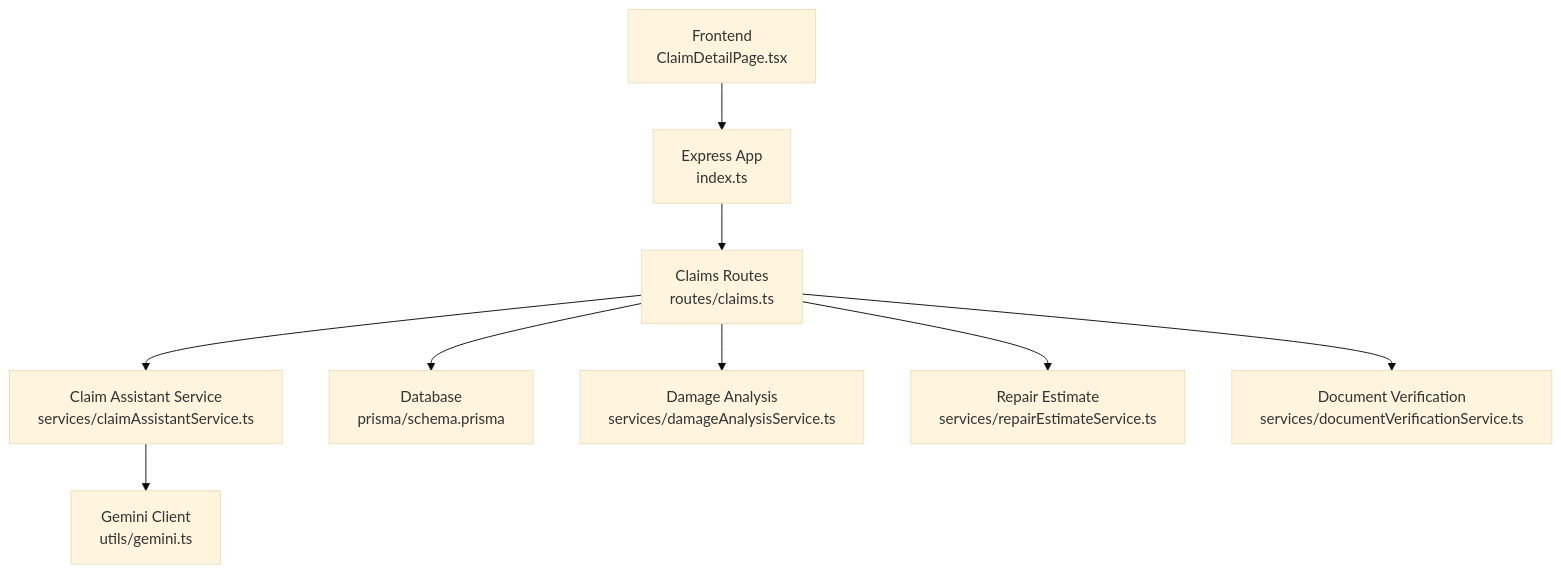
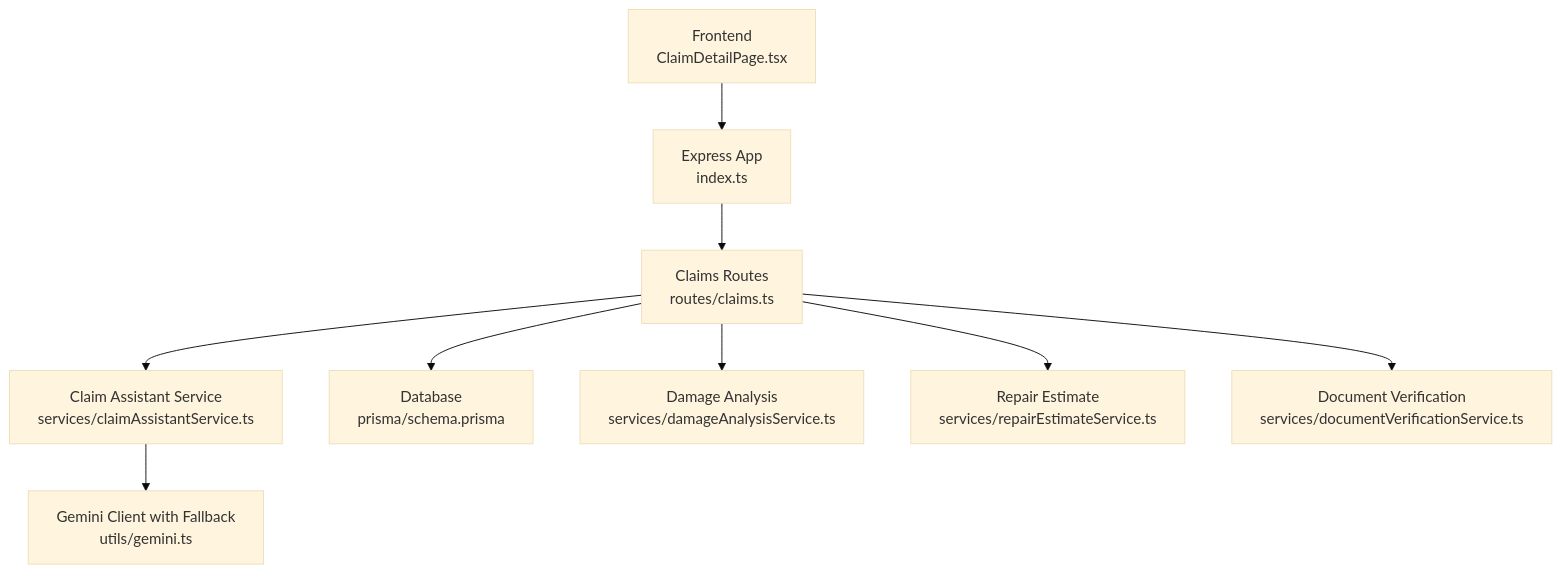
Before and after one commit to NaveenHiranya/Smart-Vehicle-Insurance-Claim-System: the first of 8 diagrams in .qoder/repowiki/en/content/AI Services Integration/Claim Assistant Chat Service.md, drawn with Mermaid (base theme). The commit also changed other lines of this file and 41 other files, not shown here.

````diff
--- a/.qoder/repowiki/en/content/AI Services Integration/Claim Assistant Chat Service.md
+++ b/.qoder/repowiki/en/content/AI Services Integration/Claim Assistant Chat Service.md
@@ -35,11 +42,11 @@
 ```mermaid
 graph TB
 FE["Frontend<br/>ClaimDetailPage.tsx"] --> API["Express App<br/>index.ts"]
 API --> ClaimsRoutes["Claims Routes<br/>routes/claims.ts"]
 ClaimsRoutes --> AssistantSvc["Claim Assistant Service<br/>services/claimAssistantService.ts"]
-AssistantSvc --> Gemini["Gemini Client<br/>utils/gemini.ts"]
+AssistantSvc --> Gemini["Gemini Client with Fallback<br/>utils/gemini.ts"]
 ClaimsRoutes --> DB["Database<br/>prisma/schema.prisma"]
 ClaimsRoutes --> DamageSvc["Damage Analysis<br/>services/damageAnalysisService.ts"]
 ClaimsRoutes --> RepairSvc["Repair Estimate<br/>services/repairEstimateService.ts"]
 ClaimsRoutes --> DocSvc["Document Verification<br/>services/documentVerificationService.ts"]
 ```
````
